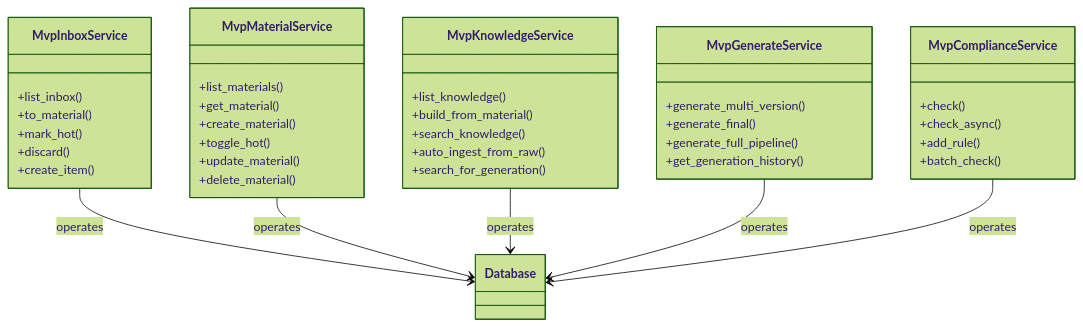
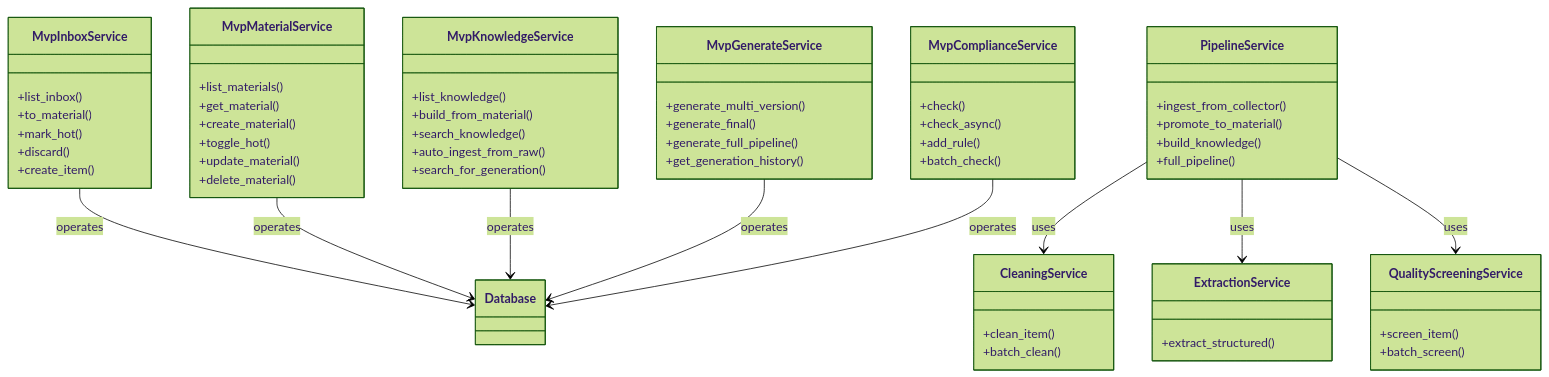
One commit to dream-ze/AI_huoke- changed the third of 8 diagrams in .qoder/repowiki/zh/content/内容采集系统/MVP内容管理系统.md. Above: the diagram before and after it, drawn with Mermaid (forest theme). The commit also changed other lines of this file and 64 other files, not shown here.

````diff
--- a/.qoder/repowiki/zh/content/内容采集系统/MVP内容管理系统.md
+++ b/.qoder/repowiki/zh/content/内容采集系统/MVP内容管理系统.md
@@ -162,42 +193,62 @@
 ```mermaid
 classDiagram
 class MvpInboxService {
 +list_inbox()
 +to_material()
 +mark_hot()
 +discard()
 +create_item()
 }
 class MvpMaterialService {
 +list_materials()
 +get_material()
 +create_material()
 +toggle_hot()
 +update_material()
 +delete_material()
 }
 class MvpKnowledgeService {
 +list_knowledge()
 +build_from_material()
 +search_knowledge()
 +auto_ingest_from_raw()
 +search_for_generation()
 }
 class MvpGenerateService {
 +generate_multi_version()
 +generate_final()
 +generate_full_pipeline()
 +get_generation_history()
 }
 class MvpComplianceService {
 +check()
 +check_async()
 +add_rule()
 +batch_check()
 }
+class PipelineService {
++ingest_from_collector()
++promote_to_material()
++build_knowledge()
++full_pipeline()
+}
+class CleaningService {
++clean_item()
++batch_clean()
+}
+class ExtractionService {
++extract_structured()
+}
+class QualityScreeningService {
++screen_item()
++batch_screen()
+}
 MvpInboxService --> Database : operates
 MvpMaterialService --> Database : operates
 MvpKnowledgeService --> Database : operates
 MvpGenerateService --> Database : operates
 MvpComplianceService --> Database : operates
+PipelineService --> CleaningService : uses
+PipelineService --> ExtractionService : uses
+PipelineService --> QualityScreeningService : uses
 ```
````
